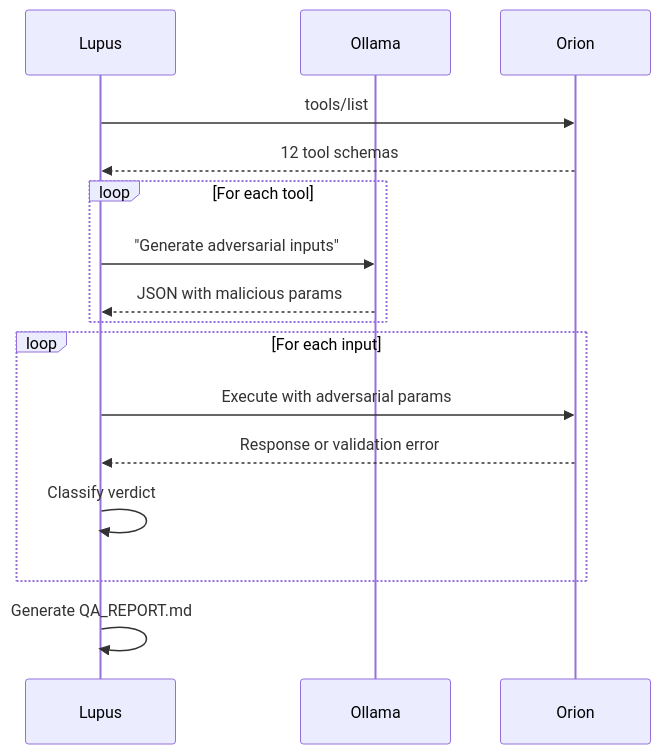
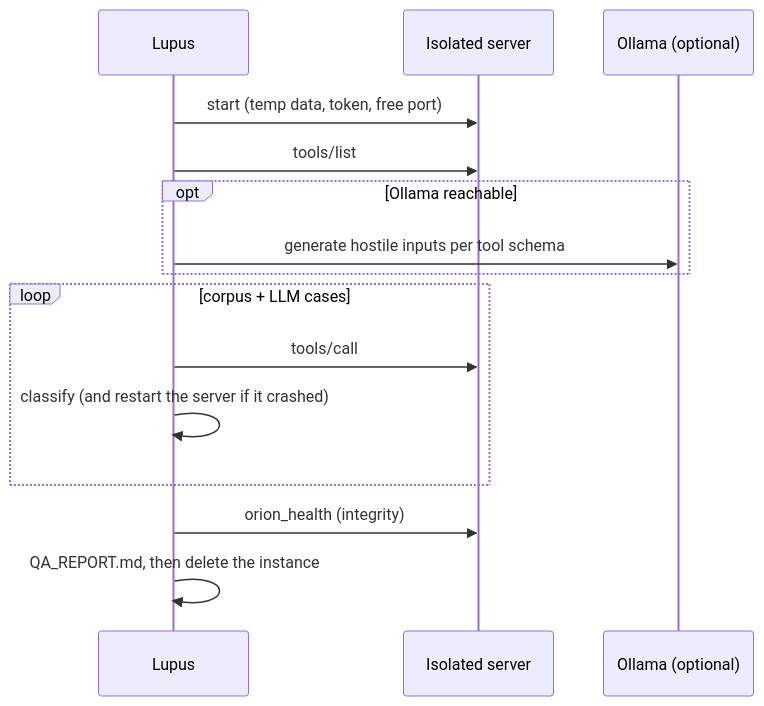
One commit to jdvalmart/lupus changed the diagram in README.md. Above: the diagram before and after it, drawn with Mermaid. The commit also changed other lines of this file and 16 other files, not shown here.

First line of the commit message:
refactor!: run every layer against an isolated server instance

````diff
--- a/README.md
+++ b/README.md
@@ -198,22 +71,18 @@
 ```mermaid
 sequenceDiagram
-    participant L as  Lupus
-    participant O as  Ollama
-    participant S as  Orion
+    participant L as Lupus
+    participant S as Isolated server
+    participant O as Ollama (optional)
 
-    L->>S:  tools/list
-    S-->>L:  12 tool schemas
-
-    loop  For each tool
-        L->>O:  "Generate adversarial inputs"
-        O-->>L:  JSON with malicious params
+    L->>S: start (temp data, token, free port)
+    L->>S: tools/list
+    opt Ollama reachable
+        L->>O: generate hostile inputs per tool schema
     end
-
-    loop  For each input
-        L->>S:  Execute with adversarial params
-        S-->>L:  Response or validation error
-        L->>L:  Classify verdict
+    loop corpus + LLM cases
+        L->>S: tools/call
+        L->>L: classify (and restart the server if it crashed)
     end
-
-    L->>L:  Generate QA_REPORT.md
+    L->>S: orion_health (integrity)
+    L->>L: QA_REPORT.md, then delete the instance
 ```
````
